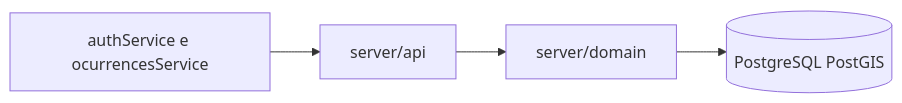
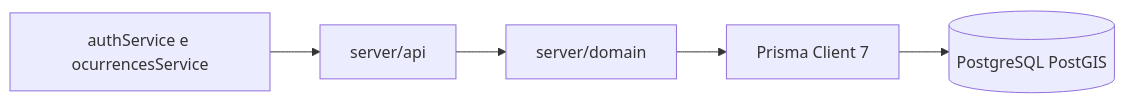
The first of 2 diagrams in .specs/features/migrar-backend/design.md (MateusViniMelo/mapa-cidadao), drawn with Mermaid before and after one commit. The commit also changed other lines of this file and 63 other files, not shown here.

````diff
--- a/.specs/features/migrar-backend/design.md
+++ b/.specs/features/migrar-backend/design.md
@@ -13,10 +14,12 @@
 ```mermaid
 flowchart LR
   composables[authService e ocurrencesService]
   routes[server/api]
   domain[server/domain]
+  prisma[Prisma Client 7]
   db[(PostgreSQL PostGIS)]
   composables --> routes
   routes --> domain
-  domain --> db
+  domain --> prisma
+  prisma --> db
 ```
````
